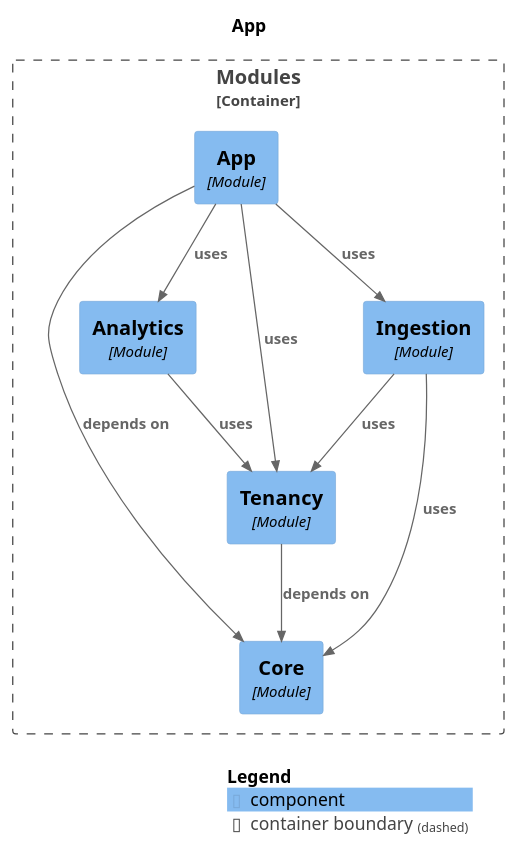
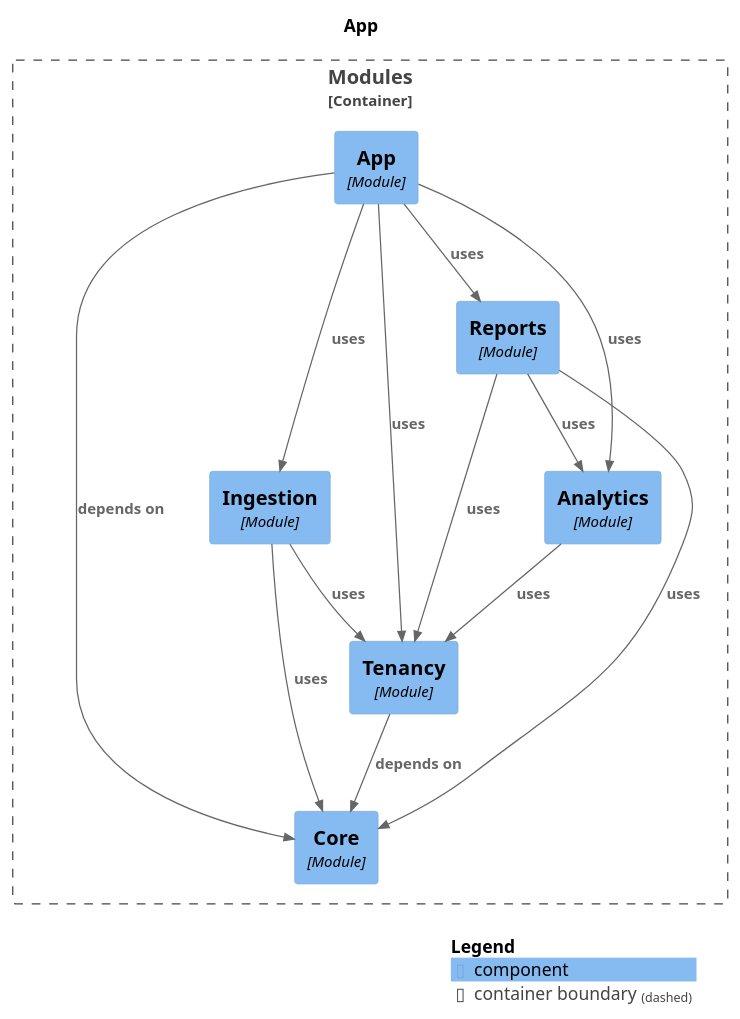
Before and after one commit to aliemrahpekesen/eKingProducitivtyMeter: the diagram in docs/architecture/generated/modulith/module-app.puml, drawn with PlantUML. The commit also changed 6 other files, not shown here.

```diff
--- a/docs/architecture/generated/modulith/module-app.puml
+++ b/docs/architecture/generated/modulith/module-app.puml
@@ -1,29 +1,34 @@
 @startuml
 set separator none
 title App
 
 top to bottom direction
 
 !include <C4/C4>
 !include <C4/C4_Context>
 !include <C4/C4_Component>
 
 Container_Boundary("Modules.Modules_boundary", "Modules", $tags="") {
   Component(Modules.Modules.Analytics, "Analytics", $techn="Module", $descr="", $tags="", $link="")
   Component(Modules.Modules.App, "App", $techn="Module", $descr="", $tags="", $link="")
   Component(Modules.Modules.Core, "Core", $techn="Module", $descr="", $tags="", $link="")
   Component(Modules.Modules.Ingestion, "Ingestion", $techn="Module", $descr="", $tags="", $link="")
+  Component(Modules.Modules.Reports, "Reports", $techn="Module", $descr="", $tags="", $link="")
   Component(Modules.Modules.Tenancy, "Tenancy", $techn="Module", $descr="", $tags="", $link="")
 }
 
-Rel(Modules.Modules.Ingestion, Modules.Modules.Tenancy, "uses", $techn="", $tags="", $link="")
-Rel(Modules.Modules.Ingestion, Modules.Modules.Core, "uses", $techn="", $tags="", $link="")
 Rel(Modules.Modules.Analytics, Modules.Modules.Tenancy, "uses", $techn="", $tags="", $link="")
 Rel(Modules.Modules.App, Modules.Modules.Core, "depends on", $techn="", $tags="", $link="")
 Rel(Modules.Modules.App, Modules.Modules.Ingestion, "uses", $techn="", $tags="", $link="")
 Rel(Modules.Modules.App, Modules.Modules.Tenancy, "uses", $techn="", $tags="", $link="")
 Rel(Modules.Modules.App, Modules.Modules.Analytics, "uses", $techn="", $tags="", $link="")
+Rel(Modules.Modules.App, Modules.Modules.Reports, "uses", $techn="", $tags="", $link="")
+Rel(Modules.Modules.Ingestion, Modules.Modules.Tenancy, "uses", $techn="", $tags="", $link="")
+Rel(Modules.Modules.Ingestion, Modules.Modules.Core, "uses", $techn="", $tags="", $link="")
+Rel(Modules.Modules.Reports, Modules.Modules.Analytics, "uses", $techn="", $tags="", $link="")
+Rel(Modules.Modules.Reports, Modules.Modules.Tenancy, "uses", $techn="", $tags="", $link="")
+Rel(Modules.Modules.Reports, Modules.Modules.Core, "uses", $techn="", $tags="", $link="")
 Rel(Modules.Modules.Tenancy, Modules.Modules.Core, "depends on", $techn="", $tags="", $link="")
 
 SHOW_LEGEND(true)
 @enduml
```
